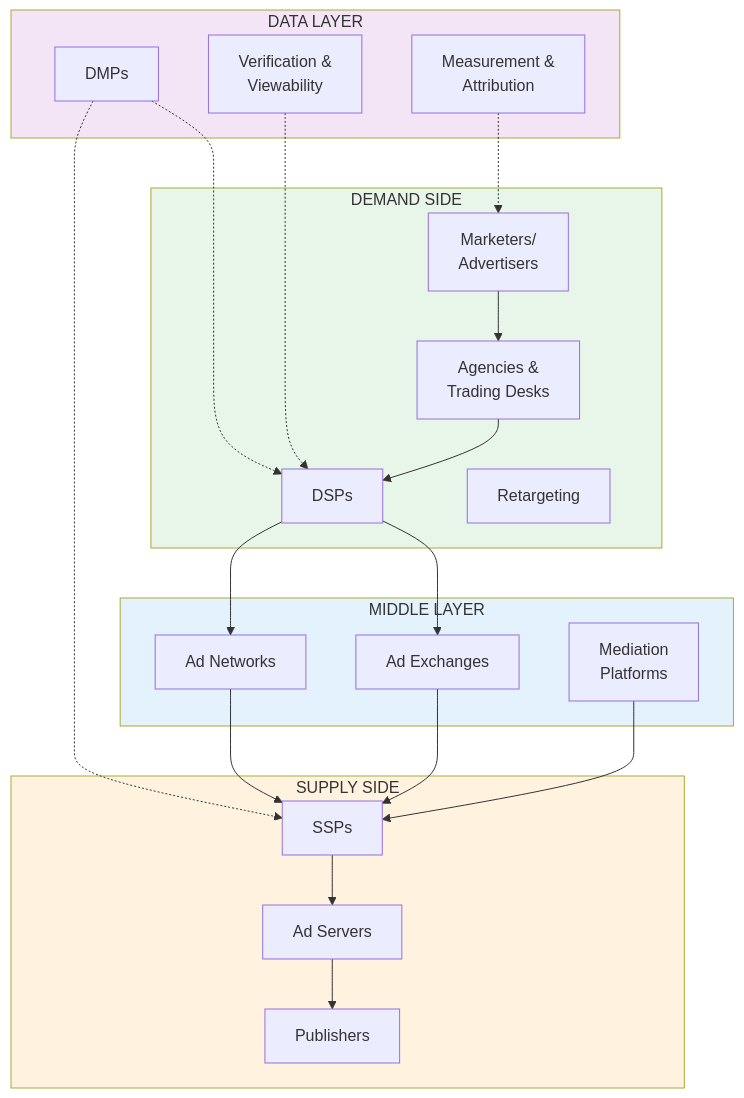
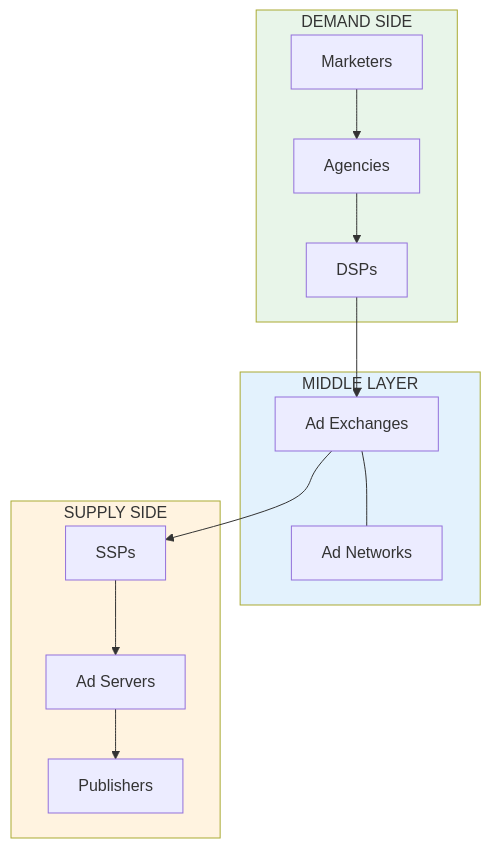
The third of 4 diagrams in adtech/programmatic.mdx (saanghyuk/ship-your-ads), drawn with Mermaid before and after one commit. The commit also changed other lines of this file and 47 other files, not shown here.

````diff
--- a/adtech/programmatic.mdx
+++ b/adtech/programmatic.mdx
@@ -235,46 +172,21 @@
 ```mermaid
 graph TB
     subgraph DS["DEMAND SIDE"]
-        MARK["Marketers/<br/>Advertisers"]
-        AG["Agencies &<br/>Trading Desks"]
-        DSP_CAT["DSPs"]
-        RET["Retargeting"]
+        MARK["Marketers"] --> AG["Agencies"] --> DSP_CAT["DSPs"]
     end
 
     subgraph MID["MIDDLE LAYER"]
-        AX_CAT["Ad Exchanges"]
-        AN_CAT["Ad Networks"]
-        MED["Mediation<br/>Platforms"]
+        AX_CAT["Ad Exchanges"] --- AN_CAT["Ad Networks"]
     end
 
     subgraph SS["SUPPLY SIDE"]
-        SSP_CAT["SSPs"]
-        AS_CAT["Ad Servers"]
-        PUB_CAT["Publishers"]
+        SSP_CAT["SSPs"] --> AS_CAT["Ad Servers"] --> PUB_CAT["Publishers"]
     end
 
-    subgraph DATA["DATA LAYER"]
-        DMP_CAT["DMPs"]
-        VERI["Verification &<br/>Viewability"]
-        MEAS["Measurement &<br/>Attribution"]
-    end
-
-    MARK --> AG --> DSP_CAT
     DSP_CAT --> AX_CAT
-    DSP_CAT --> AN_CAT
     AX_CAT --> SSP_CAT
-    AN_CAT --> SSP_CAT
-    SSP_CAT --> AS_CAT
-    AS_CAT --> PUB_CAT
-    MED --> SSP_CAT
-
-    DMP_CAT -.-> DSP_CAT
-    DMP_CAT -.-> SSP_CAT
-    VERI -.-> DSP_CAT
-    MEAS -.-> MARK
 
     style DS fill:#E8F5E9
     style MID fill:#E3F2FD
     style SS fill:#FFF3E0
-    style DATA fill:#F3E5F5
 ```
````
